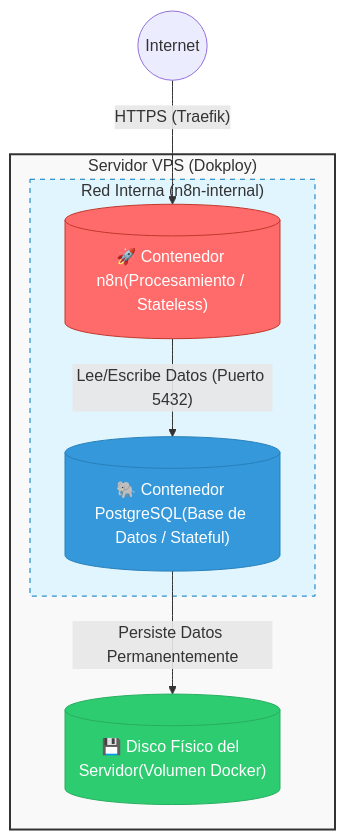
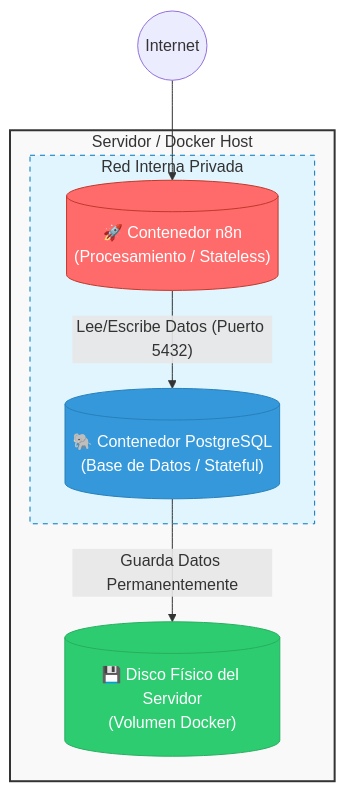
Before and after one commit to adcondev/n8n-info: the diagram in README.md, drawn with Mermaid. The commit also changed other lines of this file, not shown here.

````diff
--- a/README.md
+++ b/README.md
@@ -29,26 +33,26 @@
 ```mermaid
 graph TD
-subgraph SERVER ["Servidor VPS (Dokploy)"]
-style SERVER fill:#f9f9f9,stroke:#333,stroke-width:2px
+    subgraph SERVER ["Servidor / Docker Host"]
+        style SERVER fill:#f9f9f9,stroke:#333,stroke-width:2px
+        
+        subgraph NETWORK ["Red Interna Privada"]
+            style NETWORK fill:#e1f5fe,stroke:#0277bd,stroke-dasharray: 5 5
+            
+            N8N[("🚀 Contenedor n8n<br>(Procesamiento / Stateless)")]
+            PG[("🐘 Contenedor PostgreSQL<br>(Base de Datos / Stateful)")]
+        end
 
-subgraph NETWORK ["Red Interna (n8n-internal)"]
-style NETWORK fill:#e1f5fe,stroke:#0277bd,stroke-dasharray: 5 5
-
-N8N[("🚀 Contenedor n8n(Procesamiento / Stateless)")]
-PG[("🐘 Contenedor PostgreSQL(Base de Datos / Stateful)")]
-end
-
-DISK[("💾 Disco Físico del Servidor(Volumen Docker)")]
-
-%% Relaciones
-N8N -- "Lee/Escribe Datos (Puerto 5432)" --> PG
-PG -- "Persiste Datos Permanentemente" --> DISK
-
-%% Estilos de nodos
-style N8N fill:#ff6b6b,stroke:#c0392b,color:white
-style PG fill:#3498db,stroke:#2980b9,color:white
-style DISK fill:#2ecc71,stroke:#27ae60,color:white
-end
-
-INTERNET((Internet)) -- "HTTPS (Traefik)" --> N8N
+        DISK[("💾 Disco Físico del Servidor<br>(Volumen Docker)")]
+        
+        %% Relaciones
+        N8N -- "Lee/Escribe Datos (Puerto 5432)" --> PG
+        PG -- "Guarda Datos Permanentemente" --> DISK
+        
+        %% Estilos de nodos
+        style N8N fill:#ff6b6b,stroke:#c0392b,color:white
+        style PG fill:#3498db,stroke:#2980b9,color:white
+        style DISK fill:#2ecc71,stroke:#27ae60,color:white
+    end
+    
+    INTERNET((Internet)) --> N8N
 ```
````
